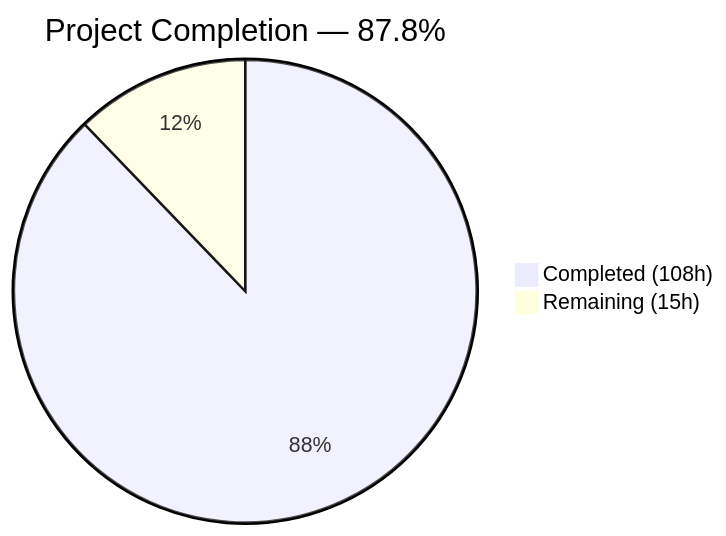
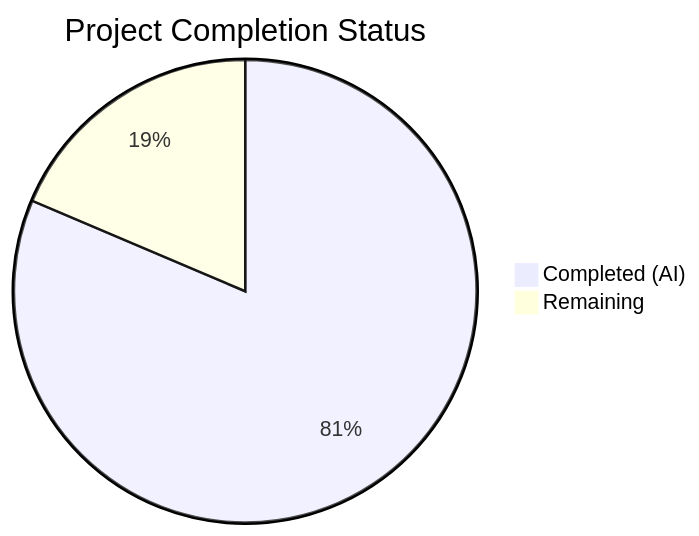
One commit to Blitzy-Sandbox/blitzy-RudderStack changed the first of 2 diagrams in blitzy/documentation/Project Guide.md. Above: the diagram before and after it, drawn with Mermaid. The commit also changed other lines of this file, not shown here.

Commit message:
Adding Blitzy Project Guide: Project Status and Human Tasks Remaining

````diff
--- a/blitzy/documentation/Project Guide.md
+++ b/blitzy/documentation/Project Guide.md
@@ -13,5 +13,5 @@
 ```mermaid
-pie title Project Completion — 87.8%
-    "Completed (108h)" : 108
-    "Remaining (15h)" : 15
+pie title Project Completion Status
+    "Completed (AI)" : 105
+    "Remaining" : 24
 ```
````
